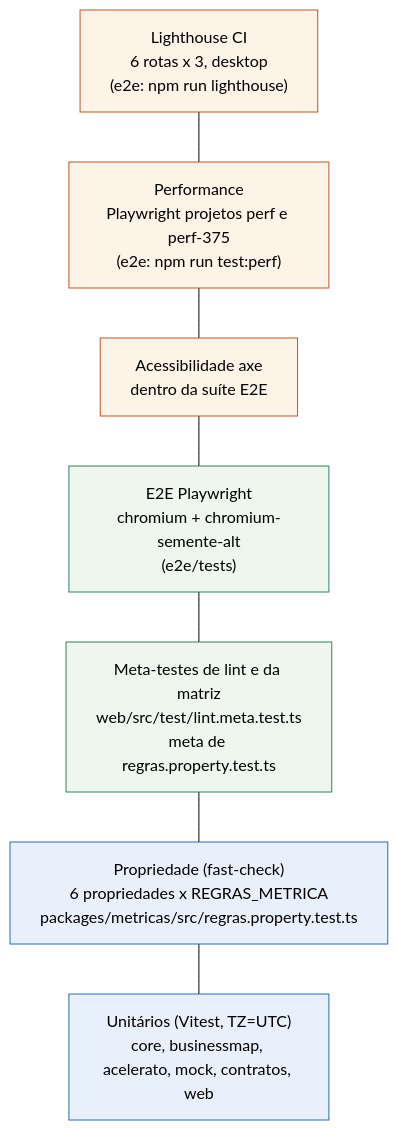
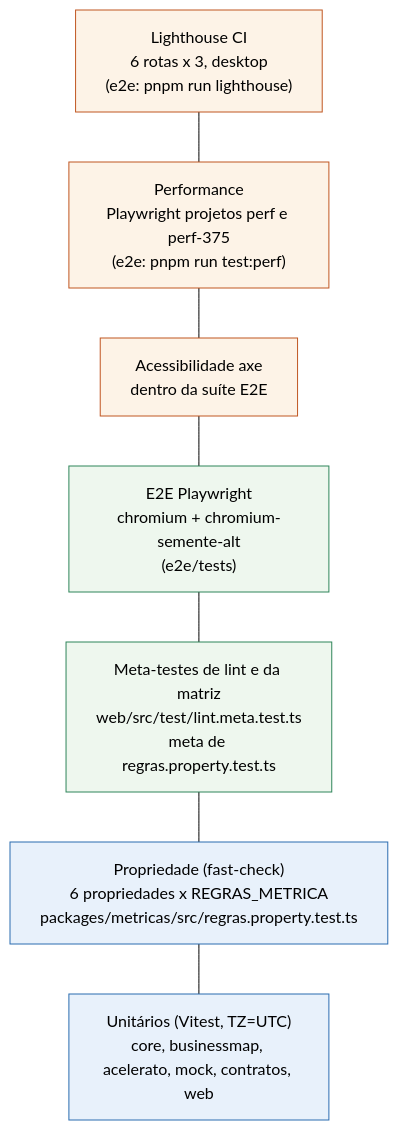
One commit to rodrigo-isensee/MetricasDSPD changed the first of 2 diagrams in docs/tecnica/qualidade-e-testes.md. Above: the diagram before and after it, drawn with Mermaid (forest theme). The commit also changed other lines of this file and 30 other files, not shown here.

First line of the commit message:
build: migra o monorepo de npm workspaces para pnpm 10 (K-065)

````diff
--- a/docs/tecnica/qualidade-e-testes.md
+++ b/docs/tecnica/qualidade-e-testes.md
@@ -7,17 +7,17 @@
 ```mermaid
 flowchart TB
-  LH["Lighthouse CI<br/>6 rotas x 3, desktop<br/>(e2e: npm run lighthouse)"]
-  PERF["Performance<br/>Playwright projetos perf e perf-375<br/>(e2e: npm run test:perf)"]
+  LH["Lighthouse CI<br/>6 rotas x 3, desktop<br/>(e2e: pnpm run lighthouse)"]
+  PERF["Performance<br/>Playwright projetos perf e perf-375<br/>(e2e: pnpm run test:perf)"]
   AXE["Acessibilidade axe<br/>dentro da suíte E2E"]
   E2E["E2E Playwright<br/>chromium + chromium-semente-alt<br/>(e2e/tests)"]
   META["Meta-testes de lint e da matriz<br/>web/src/test/lint.meta.test.ts<br/>meta de regras.property.test.ts"]
   PROP["Propriedade (fast-check)<br/>6 propriedades x REGRAS_METRICA<br/>packages/metricas/src/regras.property.test.ts"]
   UNIT["Unitários (Vitest, TZ=UTC)<br/>core, businessmap, acelerato, mock, contratos, web"]
   LH --- PERF --- AXE --- E2E --- META --- PROP --- UNIT
   classDef base fill:#e8f1fb,stroke:#2b6cb0
   classDef meio fill:#eef7ee,stroke:#2f855a
   classDef topo fill:#fdf3e7,stroke:#c05621
   class UNIT,PROP base
   class META,E2E meio
   class AXE,PERF,LH topo
 ```
````
